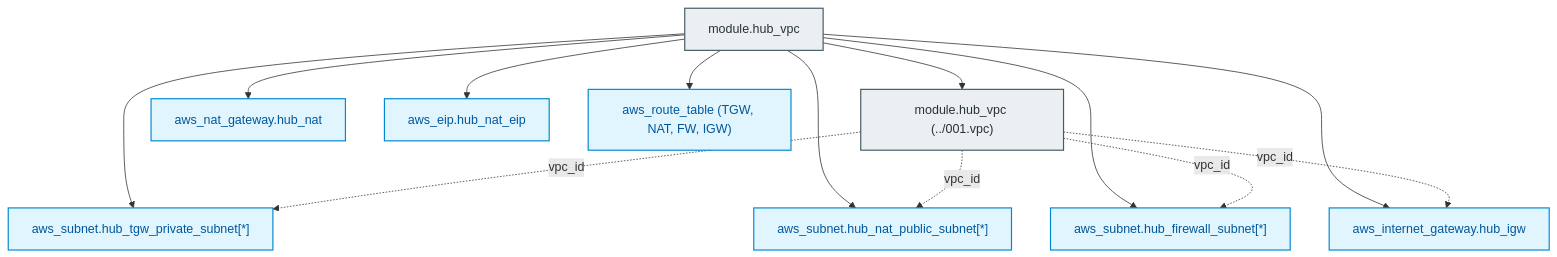
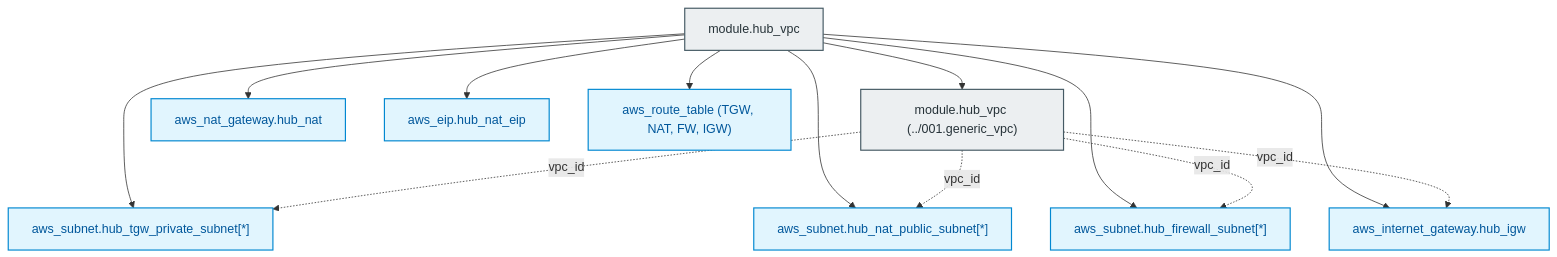
One commit to MikolajSedek/databricks_aws_deployment_01_vpc_networking changed the second of 2 diagrams in modules/01.networking/003.hub_vpc/README.md. Above: the diagram before and after it, drawn with Mermaid. The commit also changed other lines of this file and 54 other files, not shown here.

````diff
--- a/modules/01.networking/003.hub_vpc/README.md
+++ b/modules/01.networking/003.hub_vpc/README.md
@@ -103,29 +105,29 @@
 ```mermaid
 graph TD
     classDef mod fill:#ECEFF1,stroke:#455A64,stroke-width:1.5px,color:#263238;
     classDef res fill:#E1F5FE,stroke:#0288D1,stroke-width:1.5px,color:#01579B;
 
     HubRoot["module.hub_vpc"]:::mod
-    BaseVPC["module.hub_vpc (../001.vpc)"]:::mod
+    BaseVPC["module.hub_vpc (../001.generic_vpc)"]:::mod
     SubnetTGW["aws_subnet.hub_tgw_private_subnet[*]"]:::res
     SubnetNAT["aws_subnet.hub_nat_public_subnet[*]"]:::res
     SubnetFW["aws_subnet.hub_firewall_subnet[*]"]:::res
     IGWRes["aws_internet_gateway.hub_igw"]:::res
     NATRes["aws_nat_gateway.hub_nat"]:::res
     EIPRes["aws_eip.hub_nat_eip"]:::res
     RTs["aws_route_table (TGW, NAT, FW, IGW)"]:::res
 
     HubRoot --> BaseVPC
     HubRoot --> SubnetTGW
     HubRoot --> SubnetNAT
     HubRoot --> SubnetFW
     HubRoot --> IGWRes
     HubRoot --> NATRes
     HubRoot --> EIPRes
     HubRoot --> RTs
 
     BaseVPC -.->|"vpc_id"| SubnetTGW
     BaseVPC -.->|"vpc_id"| SubnetNAT
     BaseVPC -.->|"vpc_id"| SubnetFW
     BaseVPC -.->|"vpc_id"| IGWRes
 ```
````
